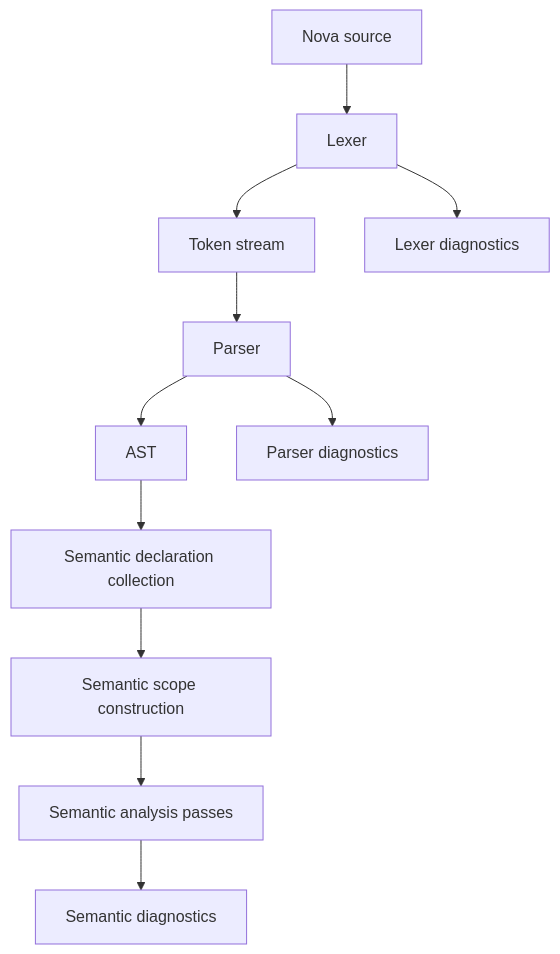
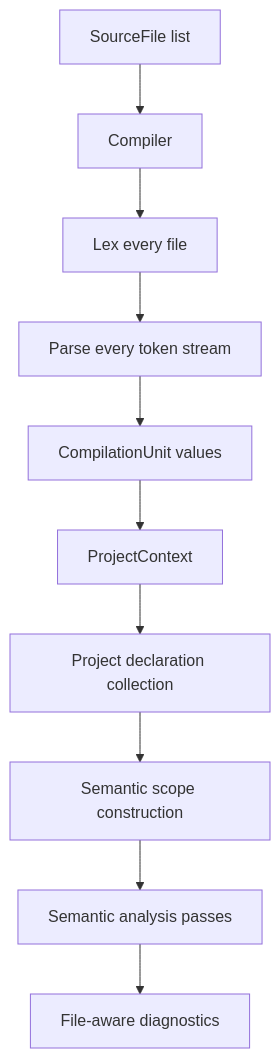
The first of 5 diagrams in docs/architecture.md (LucaPrevi0o/NovaLanguage), drawn with Mermaid before and after one commit. The commit also changed other lines of this file and 7 other files, not shown here.

````diff
--- a/docs/architecture.md
+++ b/docs/architecture.md
@@ -14,13 +15,12 @@
 ```mermaid
 flowchart TD
-    source[Nova source] --> lexer[Lexer]
-    lexer --> tokens[Token stream]
-    lexer --> lexerDiagnostics[Lexer diagnostics]
-    tokens --> parser[Parser]
-    parser --> ast[AST]
-    parser --> parserDiagnostics[Parser diagnostics]
-    ast --> declarations[Semantic declaration collection]
+    files[SourceFile list] --> compiler[Compiler]
+    compiler --> lexer[Lex every file]
+    lexer --> parser[Parse every token stream]
+    parser --> units[CompilationUnit values]
+    units --> context[ProjectContext]
+    context --> declarations[Project declaration collection]
     declarations --> scopes[Semantic scope construction]
     scopes --> passes[Semantic analysis passes]
-    passes --> semanticDiagnostics[Semantic diagnostics]
+    passes --> diagnostics[File-aware diagnostics]
 ```
````
